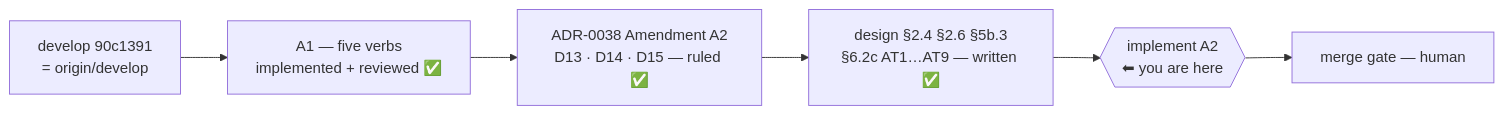
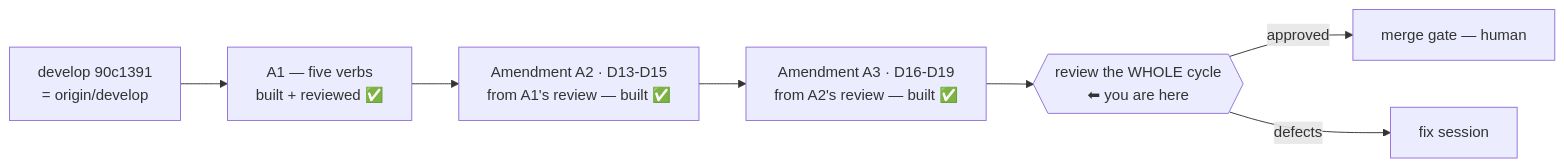
Before and after one commit to alergyonthestage/claude-orchestrator: the diagram in docs/maintainers/handoff.md, drawn with Mermaid. The commit also changed other lines of this file and 1 other file, not shown here.

First line of the commit message:
docs(handoff): close the session on A1's last gate — review the whole cycle

````diff
--- a/docs/maintainers/handoff.md
+++ b/docs/maintainers/handoff.md
@@ -16,8 +13,9 @@
 ```mermaid
 flowchart LR
-    DEV["develop 90c1391<br/>= origin/develop"] --> A1["A1 — five verbs<br/>implemented + reviewed ✅"]
-    A1 --> ADR["ADR-0038 Amendment A2<br/>D13 · D14 · D15 — ruled ✅"]
-    ADR --> DES["design §2.4 §2.6 §5b.3<br/>§6.2c AT1…AT9 — written ✅"]
-    DES --> IMP{{"implement A2<br/>⬅ you are here"}}
-    IMP --> M["merge gate — human"]
+    DEV["develop 90c1391<br/>= origin/develop"] --> A1["A1 — five verbs<br/>built + reviewed ✅"]
+    A1 --> A2["Amendment A2 · D13-D15<br/>from A1's review — built ✅"]
+    A2 --> A3["Amendment A3 · D16-D19<br/>from A2's review — built ✅"]
+    A3 --> REV{{"review the WHOLE cycle<br/>⬅ you are here"}}
+    REV -->|approved| M["merge gate — human"]
+    REV -->|defects| FIX["fix session"]
 ```
````
